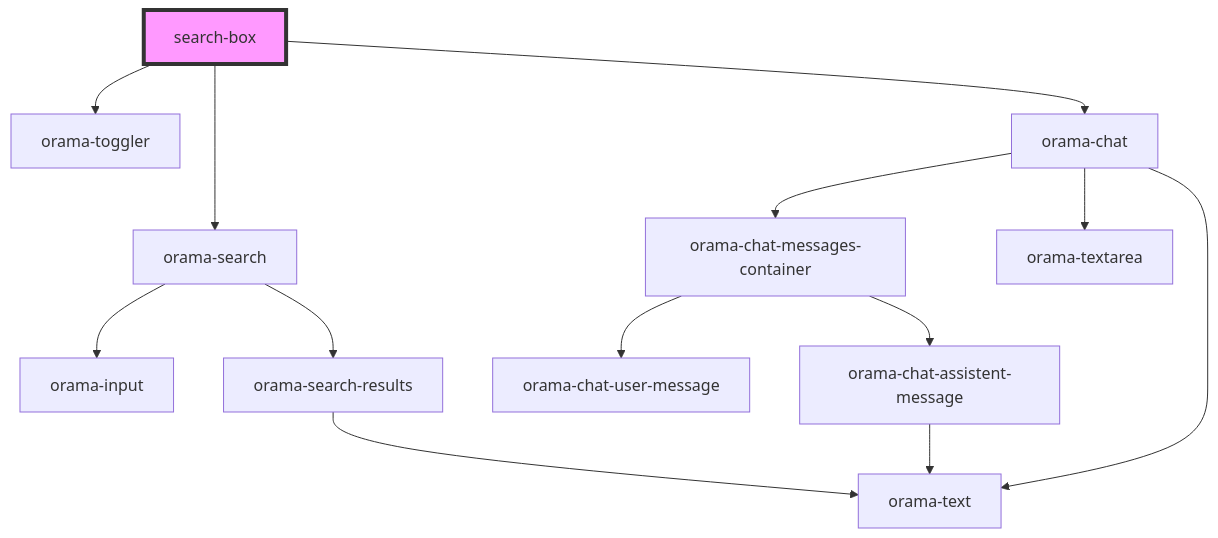
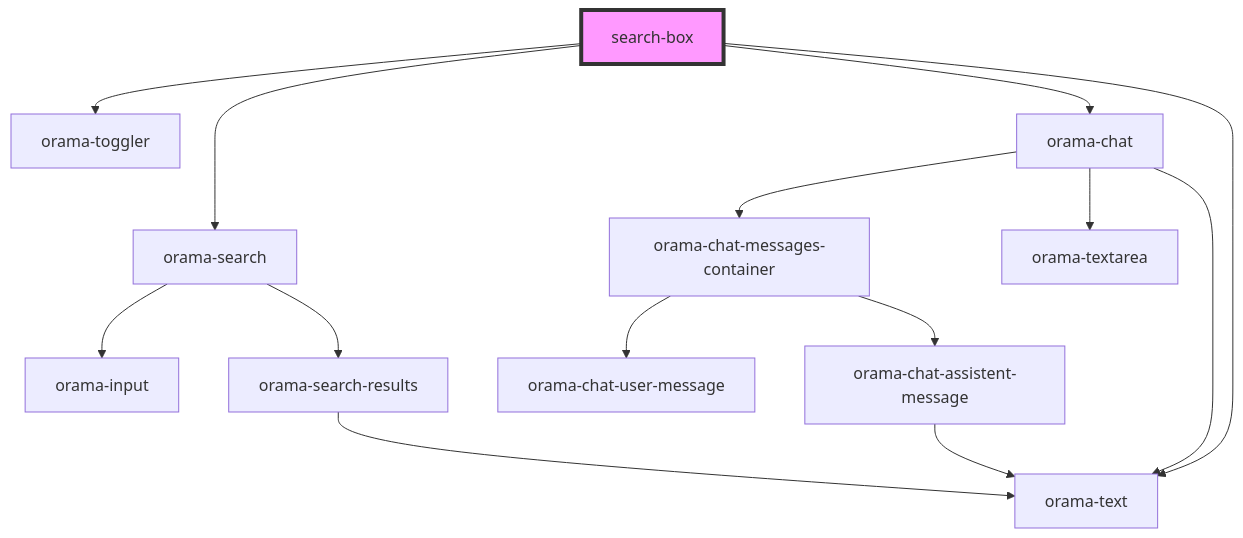
The diagram in packages/ui-stencil/src/components/search-box/readme.md (askorama/orama-ui-components), drawn with Mermaid before and after one commit. The commit also changed other lines of this file and 32 other files, not shown here.

````diff
--- a/packages/ui-stencil/src/components/search-box/readme.md
+++ b/packages/ui-stencil/src/components/search-box/readme.md
@@ -24,16 +25,17 @@
 ```mermaid
 graph TD;
   search-box --> orama-toggler
   search-box --> orama-search
   search-box --> orama-chat
+  search-box --> orama-text
   orama-search --> orama-input
   orama-search --> orama-search-results
   orama-search-results --> orama-text
   orama-chat --> orama-chat-messages-container
   orama-chat --> orama-textarea
   orama-chat --> orama-text
   orama-chat-messages-container --> orama-chat-user-message
   orama-chat-messages-container --> orama-chat-assistent-message
   orama-chat-assistent-message --> orama-text
   style search-box fill:#f9f,stroke:#333,stroke-width:4px
 ```
````
